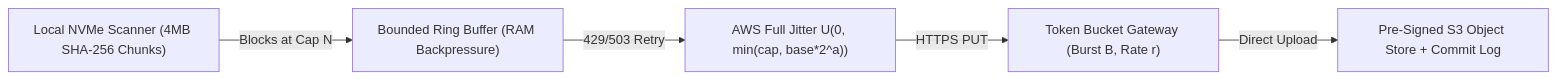
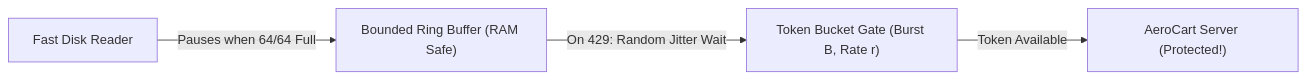
Before and after one commit to manjunathk833/codingforinterviews: the diagram in knowledgebase/system-design/01-continuous-sync-and-backpressure.md, drawn with Mermaid. The commit also changed other lines of this file and 55 other files, not shown here.

````diff
--- a/knowledgebase/system-design/01-continuous-sync-and-backpressure.md
+++ b/knowledgebase/system-design/01-continuous-sync-and-backpressure.md
@@ -65,7 +110,6 @@
 ```mermaid
 flowchart LR
-  FS["Local NVMe Scanner (4MB SHA-256 Chunks)"] -->|Blocks at Cap N| RB["Bounded Ring Buffer (RAM Backpressure)"]
-  RB -->|429/503 Retry| Jitter["AWS Full Jitter U(0, min(cap, base*2^a))"]
-  Jitter -->|HTTPS PUT| Gateway["Token Bucket Gateway (Burst B, Rate r)"]
-  Gateway -->|Direct Upload| S3["Pre-Signed S3 Object Store + Commit Log"]
+  Scanner["Fast Disk Reader"] -->|Pauses when 64/64 Full| Buffer["Bounded Ring Buffer (RAM Safe)"]
+  Buffer -->|On 429: Random Jitter Wait| Gate["Token Bucket Gate (Burst B, Rate r)"]
+  Gate -->|Token Available| Cloud["AeroCart Server (Protected!)"]
 ```
````
